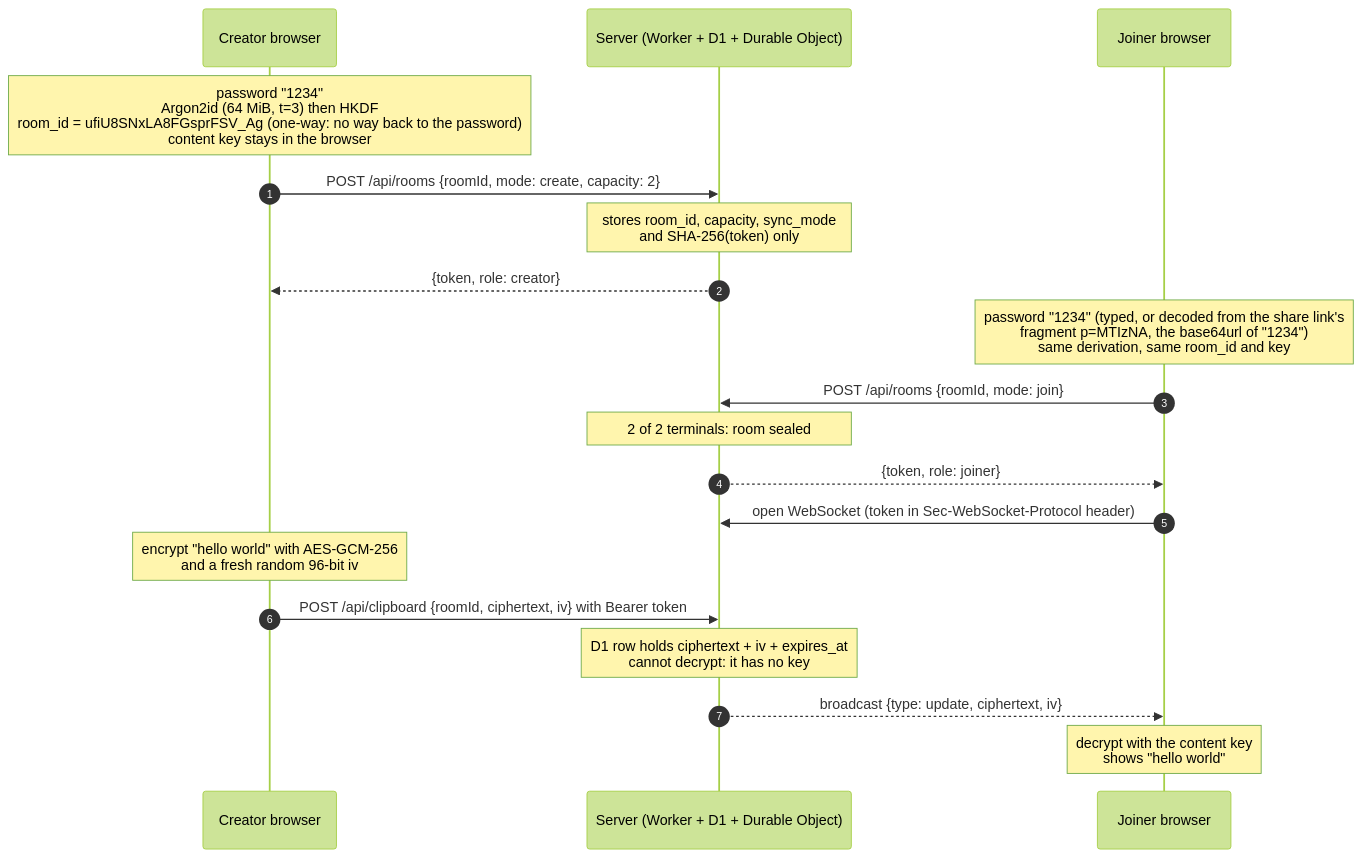
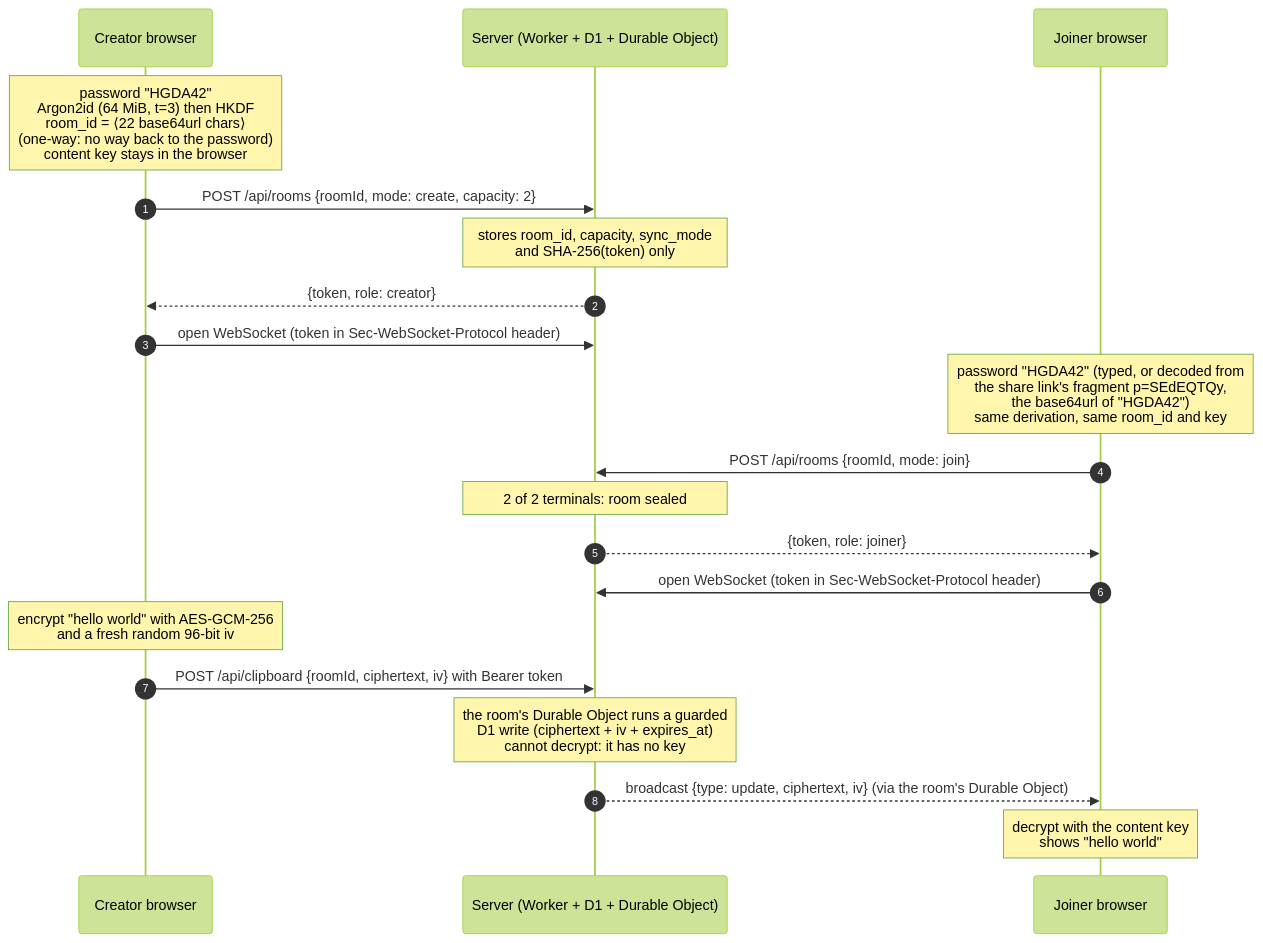
One commit to JaimeMartinSoler/clipboard-sharing-online changed the diagram in README.md. Above: the diagram before and after it, drawn with Mermaid (forest theme). The commit also changed other lines of this file and 4 other files, not shown here.

````diff
--- a/README.md
+++ b/README.md
@@ -115,24 +122,25 @@
 ```mermaid
 sequenceDiagram
     autonumber
     participant C as Creator browser
     participant S as Server (Worker + D1 + Durable Object)
     participant J as Joiner browser
 
-    Note over C: password "1234"<br/>Argon2id (64 MiB, t=3) then HKDF<br/>room_id = ufiU8SNxLA8FGsprFSV_Ag (one-way: no way back to the password)<br/>content key stays in the browser
+    Note over C: password "HGDA42"<br/>Argon2id (64 MiB, t=3) then HKDF<br/>room_id = ⟨22 base64url chars⟩<br/>(one-way: no way back to the password)<br/>content key stays in the browser
     C->>S: POST /api/rooms {roomId, mode: create, capacity: 2}
     Note over S: stores room_id, capacity, sync_mode<br/>and SHA-256(token) only
     S-->>C: {token, role: creator}
+    C->>S: open WebSocket (token in Sec-WebSocket-Protocol header)
 
-    Note over J: password "1234" (typed, or decoded from the share link's<br/>fragment p=MTIzNA, the base64url of "1234")<br/>same derivation, same room_id and key
+    Note over J: password "HGDA42" (typed, or decoded from<br/>the share link's fragment p=SEdEQTQy,<br/>the base64url of "HGDA42")<br/>same derivation, same room_id and key
     J->>S: POST /api/rooms {roomId, mode: join}
     Note over S: 2 of 2 terminals: room sealed
     S-->>J: {token, role: joiner}
     J->>S: open WebSocket (token in Sec-WebSocket-Protocol header)
 
     Note over C: encrypt "hello world" with AES-GCM-256<br/>and a fresh random 96-bit iv
     C->>S: POST /api/clipboard {roomId, ciphertext, iv} with Bearer token
-    Note over S: D1 row holds ciphertext + iv + expires_at<br/>cannot decrypt: it has no key
-    S-->>J: broadcast {type: update, ciphertext, iv}
+    Note over S: the room's Durable Object runs a guarded<br/>D1 write (ciphertext + iv + expires_at)<br/>cannot decrypt: it has no key
+    S-->>J: broadcast {type: update, ciphertext, iv} (via the room's Durable Object)
     Note over J: decrypt with the content key<br/>shows "hello world"
 ```
````
